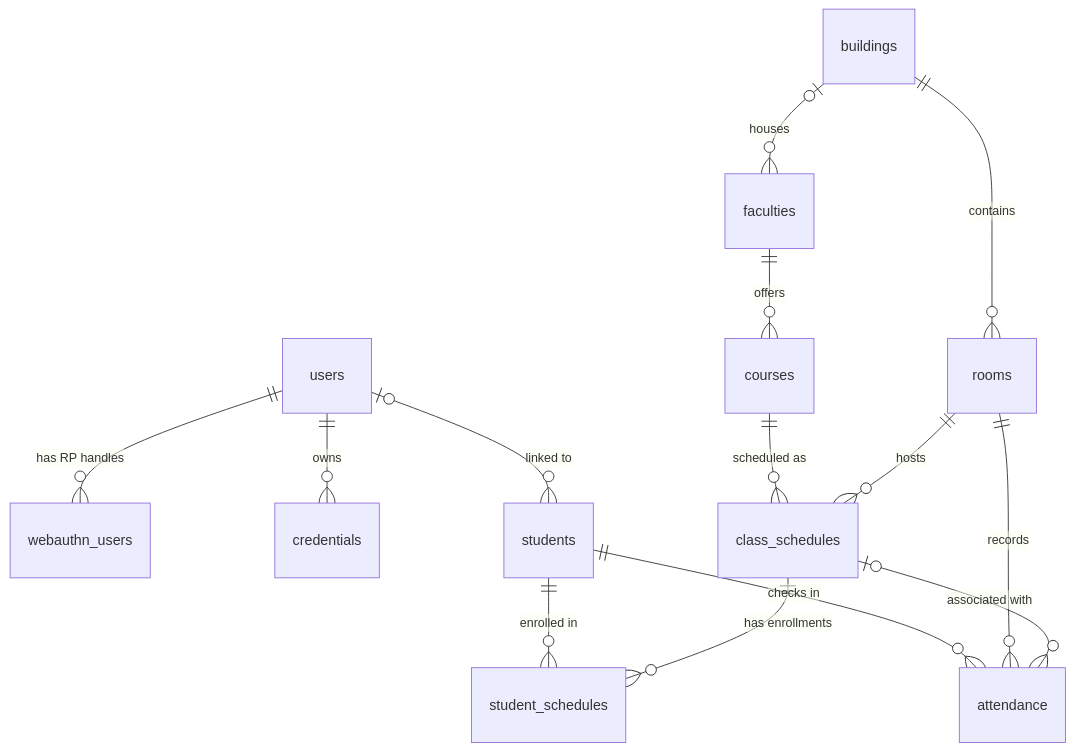
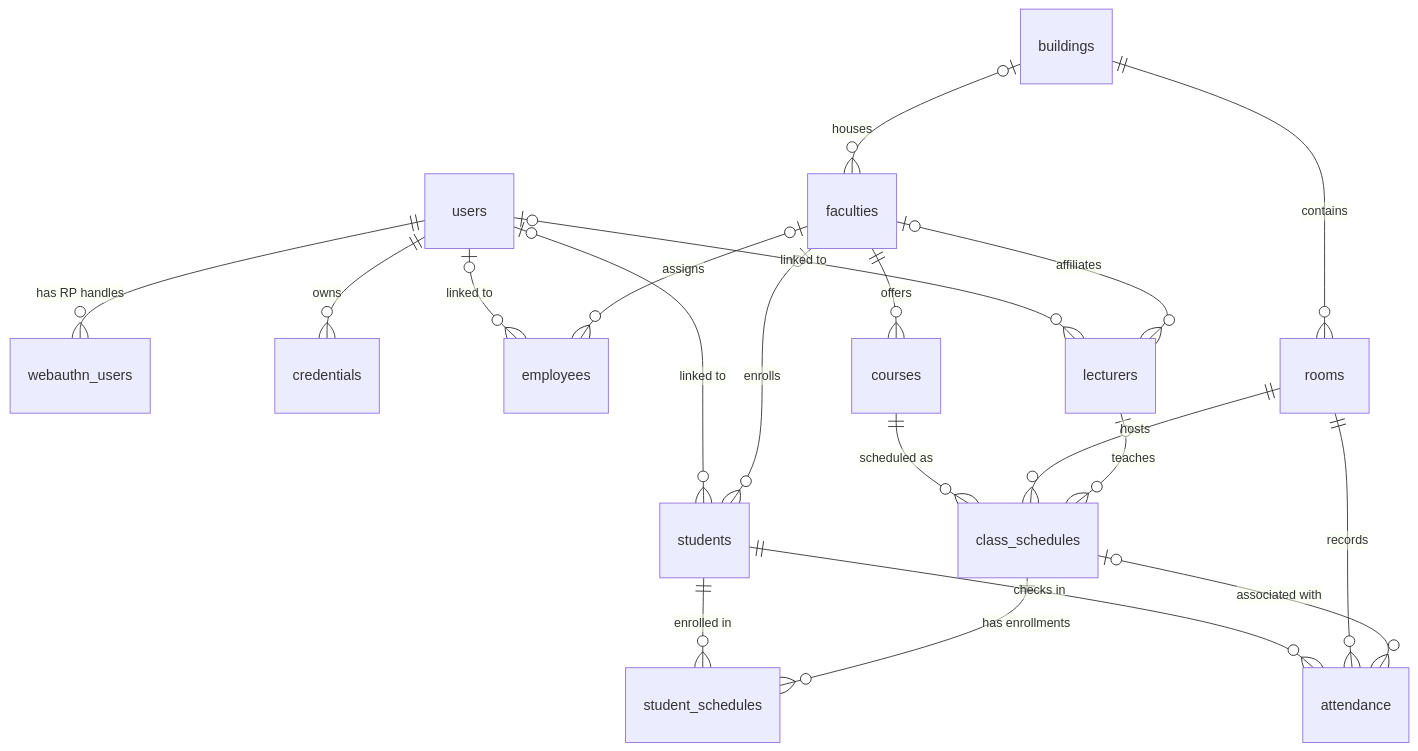
One commit to hapnan/appsensi-server changed the second of 2 diagrams in README.id.md. Above: the diagram before and after it, drawn with Mermaid. The commit also changed other lines of this file and 1 other file, not shown here.

````diff
--- a/README.id.md
+++ b/README.id.md
@@ -321,16 +427,22 @@
 ```mermaid
 erDiagram
     users ||--o{ webauthn_users : "has RP handles"
     users ||--o{ credentials : "owns"
     users |o--o{ students : "linked to"
+    users |o--o{ employees : "linked to"
+    users |o--o{ lecturers : "linked to"
     buildings ||--o{ rooms : "contains"
     buildings |o--o{ faculties : "houses"
     faculties ||--o{ courses : "offers"
+    faculties |o--o{ students : "enrolls"
+    faculties |o--o{ employees : "assigns"
+    faculties |o--o{ lecturers : "affiliates"
     courses ||--o{ class_schedules : "scheduled as"
     rooms ||--o{ class_schedules : "hosts"
+    lecturers |o--o{ class_schedules : "teaches"
     students ||--o{ student_schedules : "enrolled in"
     class_schedules ||--o{ student_schedules : "has enrollments"
     students ||--o{ attendance : "checks in"
     rooms ||--o{ attendance : "records"
     class_schedules |o--o{ attendance : "associated with"
 ```
````
